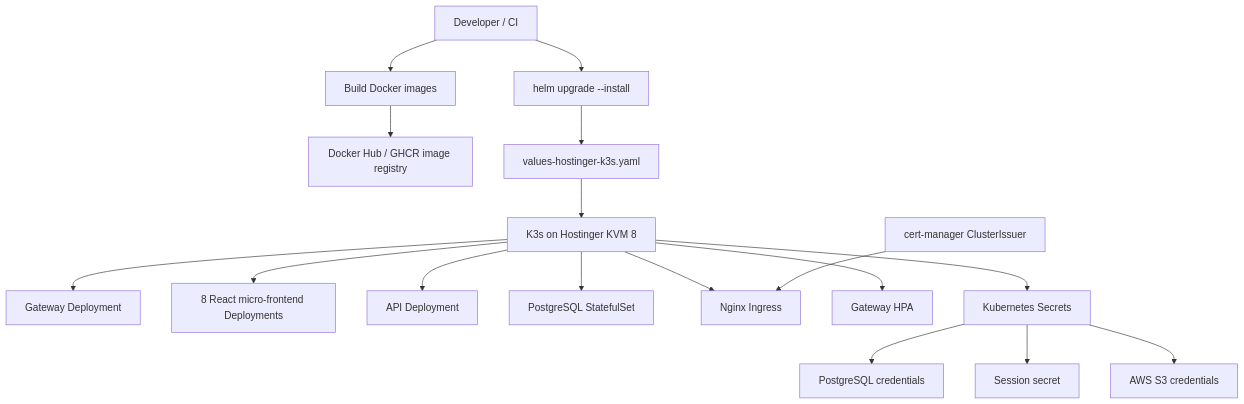
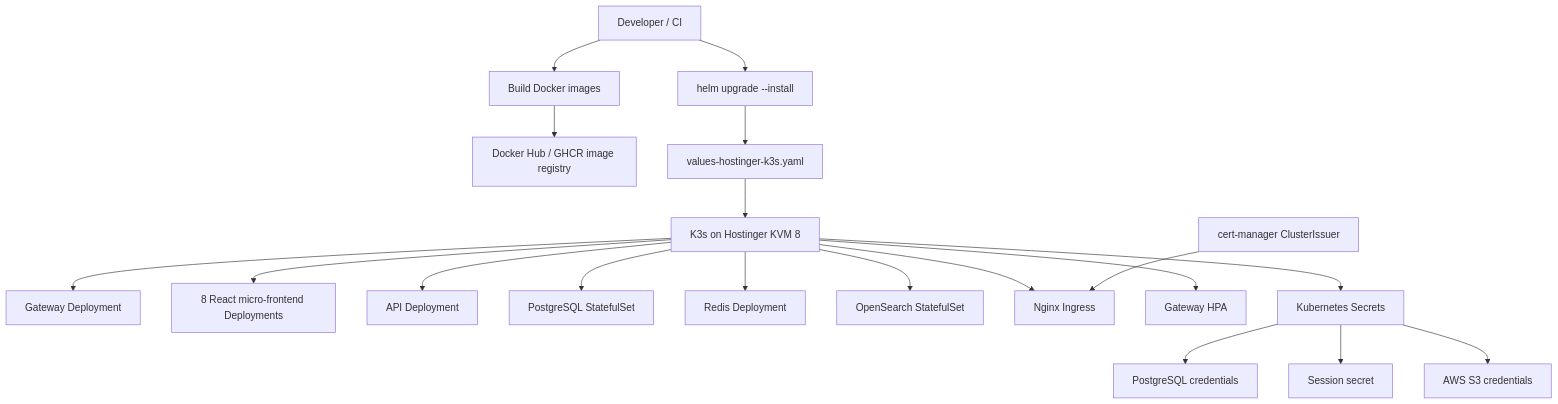
One commit to rahultiple31/CareerHub changed the fifth of 7 diagrams in FLOWCHART.md. Above: the diagram before and after it, drawn with Mermaid. The commit also changed other lines of this file and 16 other files, not shown here.

Commit message:
Add Redis and OpenSearch deployment support

````diff
--- a/FLOWCHART.md
+++ b/FLOWCHART.md
@@ -118,21 +128,23 @@
 ```mermaid
 flowchart TD
   Dev[Developer / CI] --> Build[Build Docker images]
   Build --> Registry[Docker Hub / GHCR image registry]
   Dev --> Helm[helm upgrade --install]
   Helm --> Values[values-hostinger-k3s.yaml]
   Values --> K3s[K3s on Hostinger KVM 8]
 
   K3s --> GatewayDeploy[Gateway Deployment]
   K3s --> MicroDeploy[8 React micro-frontend Deployments]
   K3s --> APIDeploy[API Deployment]
   K3s --> DBStateful[PostgreSQL StatefulSet]
+  K3s --> RedisDeploy[Redis Deployment]
+  K3s --> SearchStateful[OpenSearch StatefulSet]
   K3s --> Ingress[Nginx Ingress]
   K3s --> HPA[Gateway HPA]
   K3s --> Secrets[Kubernetes Secrets]
 
   Secrets --> DBSecret[PostgreSQL credentials]
   Secrets --> APISecret[Session secret]
   Secrets --> S3Secret[AWS S3 credentials]
   CertIssuer[cert-manager ClusterIssuer] --> Ingress
 ```
````
